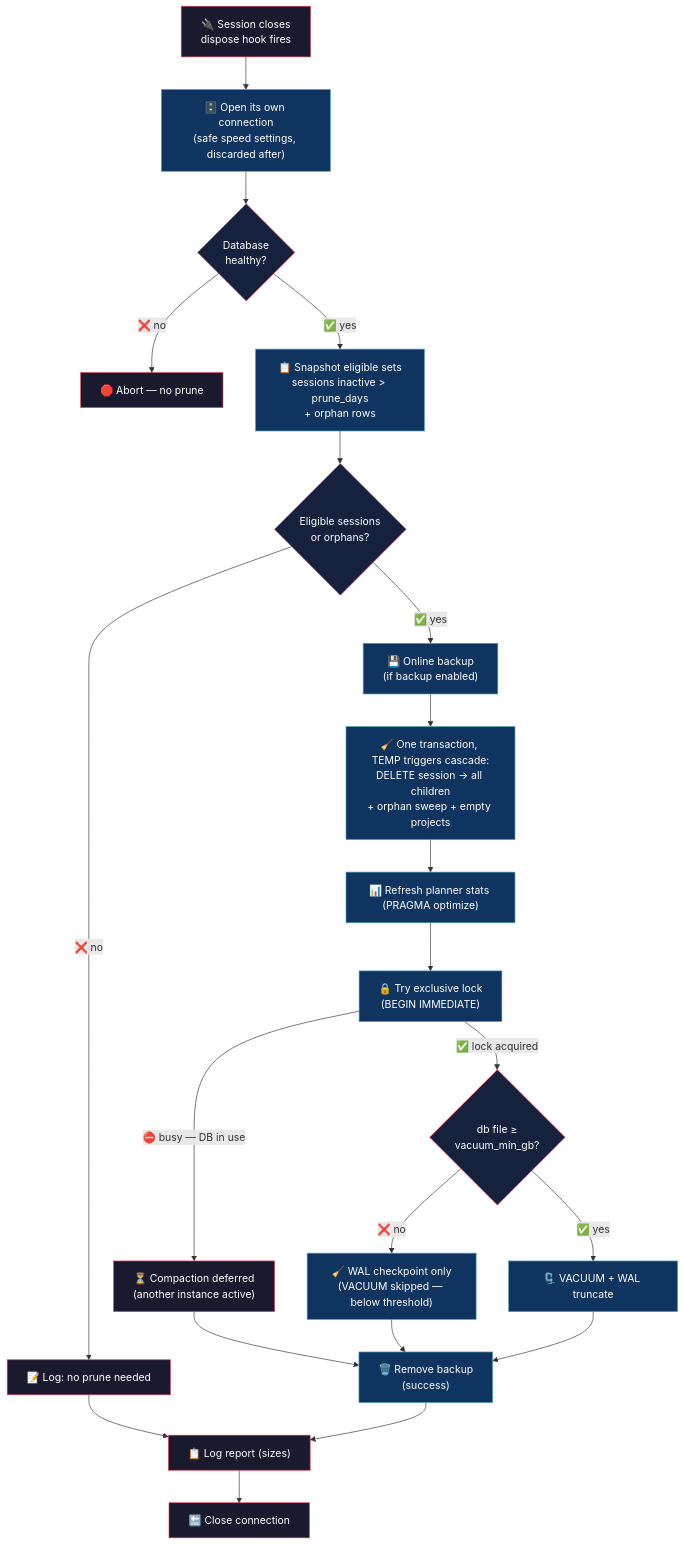
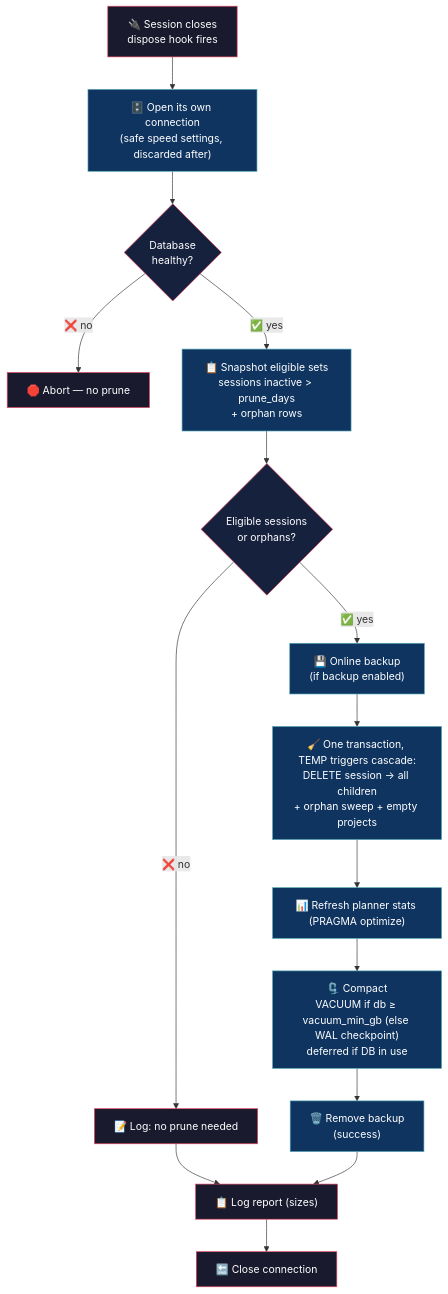
The diagram in README.md (alejo54dev/opencode-db-prunetor), drawn with Mermaid before and after one commit.

Commit message:
docs: simplify README diagram (collapse compaction branch)

````diff
--- a/README.md
+++ b/README.md
@@ -35,43 +35,33 @@
 ```mermaid
 flowchart TD
     A["🔌 Session closes<br/>dispose hook fires"]
     A --> B["🗄️ Open its own connection<br/>(safe speed settings, discarded after)"]
     B --> C{"Database<br/>healthy?"}
     C -->|"❌ no"| Z["🛑 Abort — no prune"]
     C -->|"✅ yes"| D["📋 Snapshot eligible sets<br/>sessions inactive > prune_days<br/>+ orphan rows"]
     D --> E{"Eligible sessions<br/>or orphans?"}
     E -->|"❌ no"| R["📝 Log: no prune needed"]
     E -->|"✅ yes"| F["💾 Online backup<br/>(if backup enabled)"]
     F --> G["🧹 One transaction, TEMP triggers cascade:<br/>DELETE session → all children<br/>+ orphan sweep + empty projects"]
     G --> I["📊 Refresh planner stats (PRAGMA optimize)"]
-    I --> M["🔒 Try exclusive lock<br/>(BEGIN IMMEDIATE)"]
-    M -->|"⛔ busy — DB in use"| MD["⏳ Compaction deferred<br/>(another instance active)"]
-    M -->|"✅ lock acquired"| S{"db file ≥<br/>vacuum_min_gb?"}
-    S -->|"❌ no"| SK["🧹 WAL checkpoint only<br/>(VACUUM skipped — below threshold)"]
-    S -->|"✅ yes"| V["🗜️ VACUUM + WAL truncate"]
-    MD --> L["🗑️ Remove backup<br/>(success)"]
-    SK --> L
-    V --> L
+    I --> M["🗜️ Compact<br/>VACUUM if db ≥ vacuum_min_gb (else WAL checkpoint)<br/>deferred if DB in use"]
+    M --> L["🗑️ Remove backup<br/>(success)"]
     R --> J["📋 Log report (sizes)"]
     L --> J
     J --> K["🔚 Close connection"]
 
     style A fill:#1a1a2e,stroke:#e94560,color:#fff
     style B fill:#0f3460,stroke:#53a8b6,color:#fff
     style C fill:#16213e,stroke:#e94560,color:#fff
     style D fill:#0f3460,stroke:#53a8b6,color:#fff
     style E fill:#16213e,stroke:#e94560,color:#fff
     style F fill:#0f3460,stroke:#53a8b6,color:#fff
     style G fill:#0f3460,stroke:#53a8b6,color:#fff
     style I fill:#0f3460,stroke:#53a8b6,color:#fff
     style M fill:#0f3460,stroke:#53a8b6,color:#fff
     style L fill:#0f3460,stroke:#53a8b6,color:#fff
-    style S fill:#16213e,stroke:#e94560,color:#fff
-    style MD fill:#1a1a2e,stroke:#e94560,color:#fff
-    style SK fill:#0f3460,stroke:#53a8b6,color:#fff
-    style V fill:#0f3460,stroke:#53a8b6,color:#fff
     style J fill:#1a1a2e,stroke:#e94560,color:#fff
     style K fill:#1a1a2e,stroke:#e94560,color:#fff
     style R fill:#1a1a2e,stroke:#e94560,color:#fff
     style Z fill:#1a1a2e,stroke:#e94560,color:#fff
 ```
````
